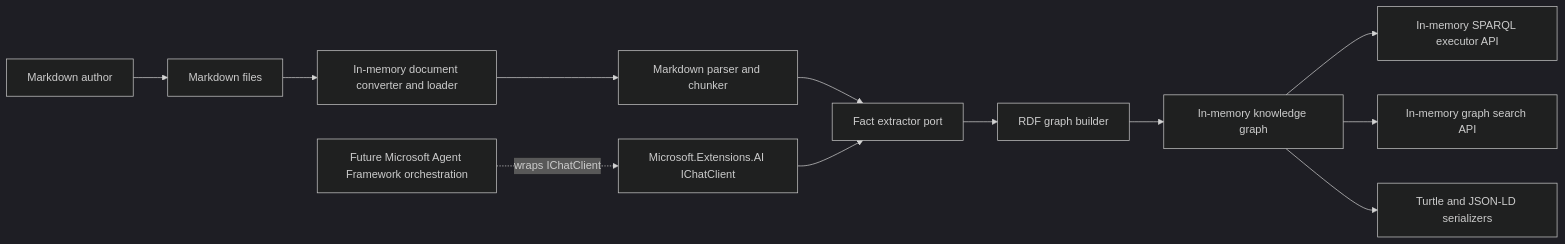
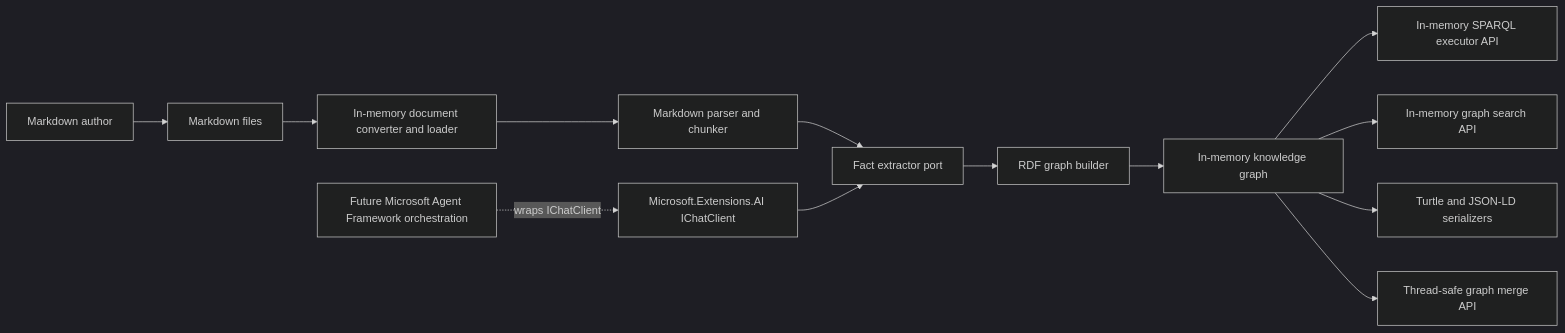
One commit to managedcode/markdown-ld-kb changed the first of 4 diagrams in docs/Architecture.md. Above: the diagram before and after it, drawn with Mermaid (dark theme). The commit also changed other lines of this file and 46 other files, not shown here.

````diff
--- a/docs/Architecture.md
+++ b/docs/Architecture.md
@@ -17,14 +17,15 @@
 ```mermaid
 flowchart LR
     Author["Markdown author"] --> MarkdownFiles["Markdown files"]
     MarkdownFiles --> Loader["In-memory document converter and loader"]
     Loader --> Parser["Markdown parser and chunker"]
     Parser --> Extractor["Fact extractor port"]
     Extractor --> Builder["RDF graph builder"]
     Builder --> Graph["In-memory knowledge graph"]
     Graph --> Sparql["In-memory SPARQL executor API"]
     Graph --> Search["In-memory graph search API"]
     Graph --> Serializers["Turtle and JSON-LD serializers"]
+    Graph --> Merge["Thread-safe graph merge API"]
     IChatClient["Microsoft.Extensions.AI IChatClient"] --> Extractor
     AgentFramework["Future Microsoft Agent Framework orchestration"] -. "wraps IChatClient" .-> IChatClient
 ```
````
